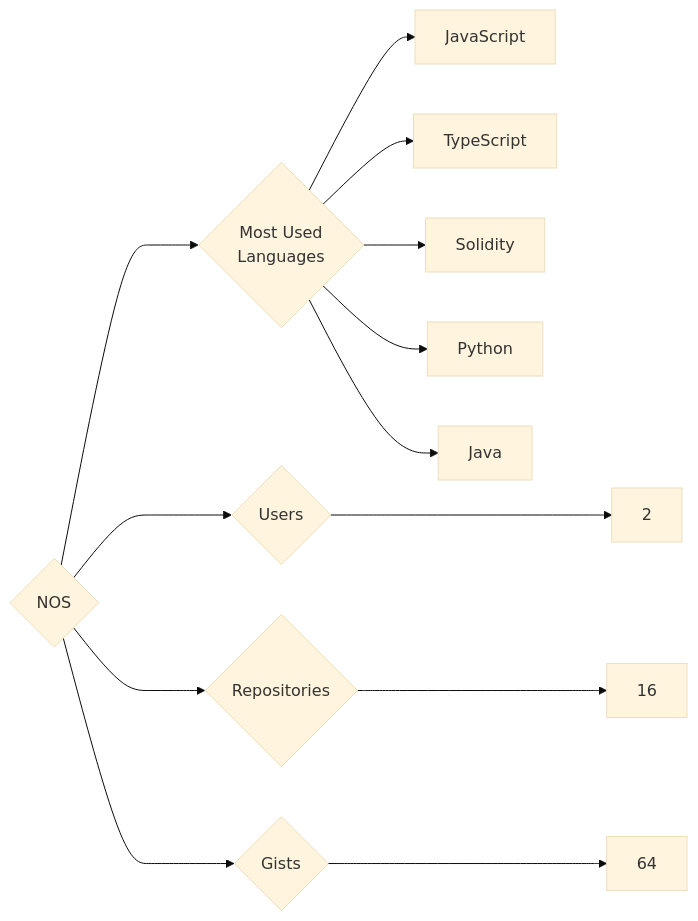
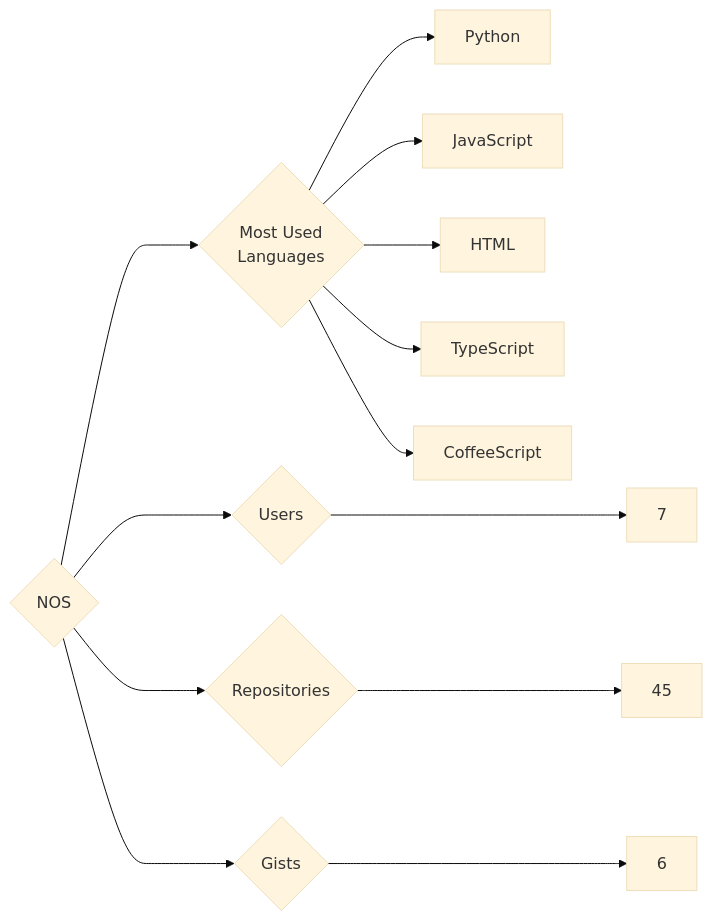
The diagram in targets/NOS/README.md (trickest/insiders), drawn with Mermaid (base theme) before and after one commit. The commit also changed 787 other files, not shown here.

````diff
--- a/targets/NOS/README.md
+++ b/targets/NOS/README.md
@@ -3,13 +3,13 @@
 ```mermaid
 graph LR
 COMPANY_NAME{NOS}
-COMPANY_NAME ---> U{Users} ---> UN[2]
-COMPANY_NAME ---> R{Repositories} ---> RN[16]
-COMPANY_NAME ---> G{Gists} ---> GN[64]
+COMPANY_NAME ---> U{Users} ---> UN[7]
+COMPANY_NAME ---> R{Repositories} ---> RN[45]
+COMPANY_NAME ---> G{Gists} ---> GN[6]
 COMPANY_NAME ---> ML{Most Used<br>Languages}
+ML --> Python[Python]
 ML --> JavaScript[JavaScript]
+ML --> HTML[HTML]
 ML --> TypeScript[TypeScript]
-ML --> Solidity[Solidity]
-ML --> Python[Python]
-ML --> Java[Java]
+ML --> CoffeeScript[CoffeeScript]
 ```
````
